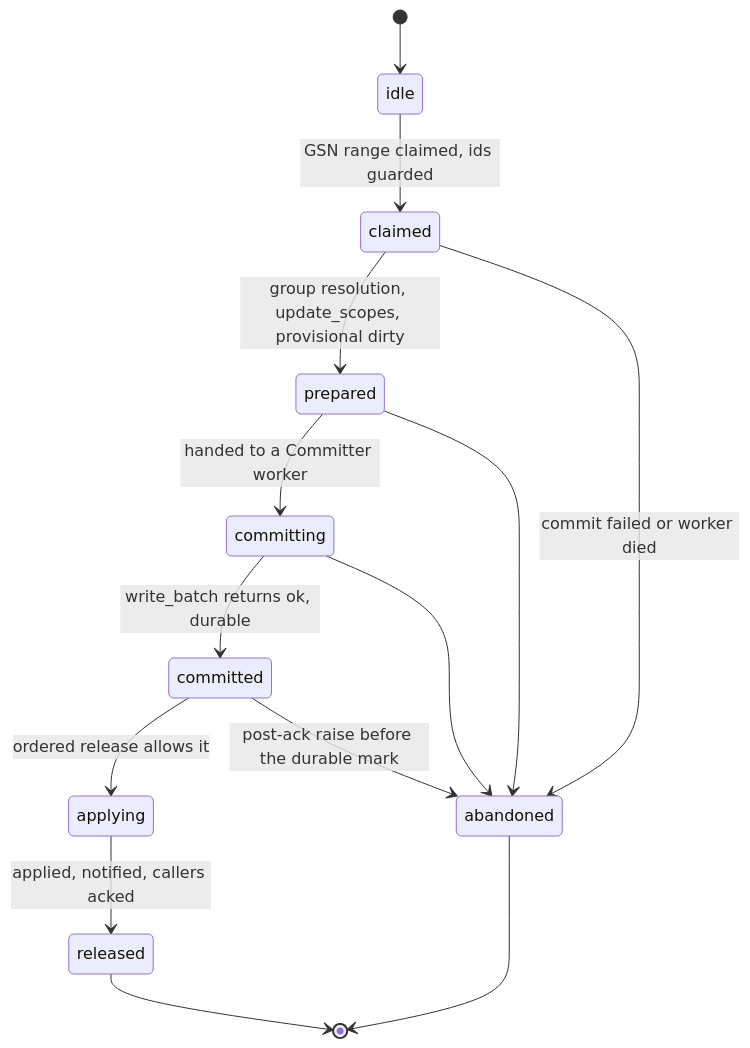
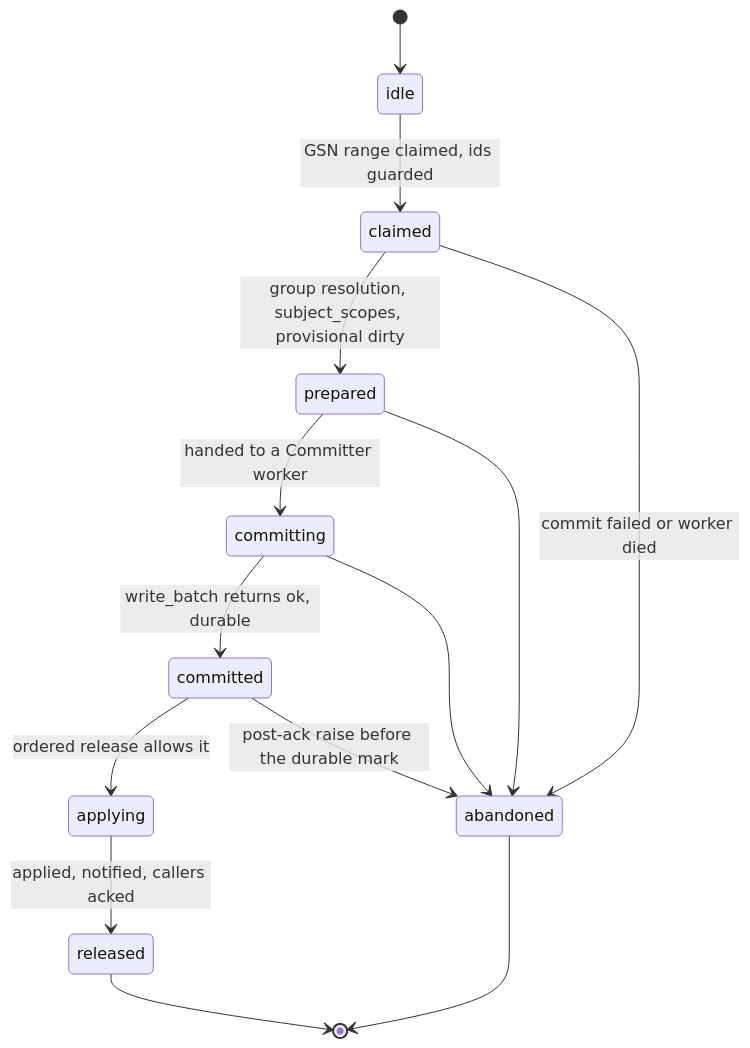
One commit to ebbjs/ebbjs changed the sixth of 6 diagrams in ebb_server/README.md. Above: the diagram before and after it, drawn with Mermaid. The commit also changed other lines of this file and 44 other files, not shown here.

````diff
--- a/ebb_server/README.md
+++ b/ebb_server/README.md
@@ -659,16 +659,16 @@
 ```mermaid
 stateDiagram-v2
   [*] --> idle
   idle --> claimed: GSN range claimed, ids guarded
-  claimed --> prepared: group resolution, update_scopes, provisional dirty
+  claimed --> prepared: group resolution, subject_scopes, provisional dirty
   prepared --> committing: handed to a Committer worker
   committing --> committed: write_batch returns ok, durable
   committed --> applying: ordered release allows it
   applying --> released: applied, notified, callers acked
   claimed --> abandoned: commit failed or worker died
   prepared --> abandoned
   committing --> abandoned
   committed --> abandoned: post-ack raise before the durable mark
   released --> [*]
   abandoned --> [*]
 ```
````
